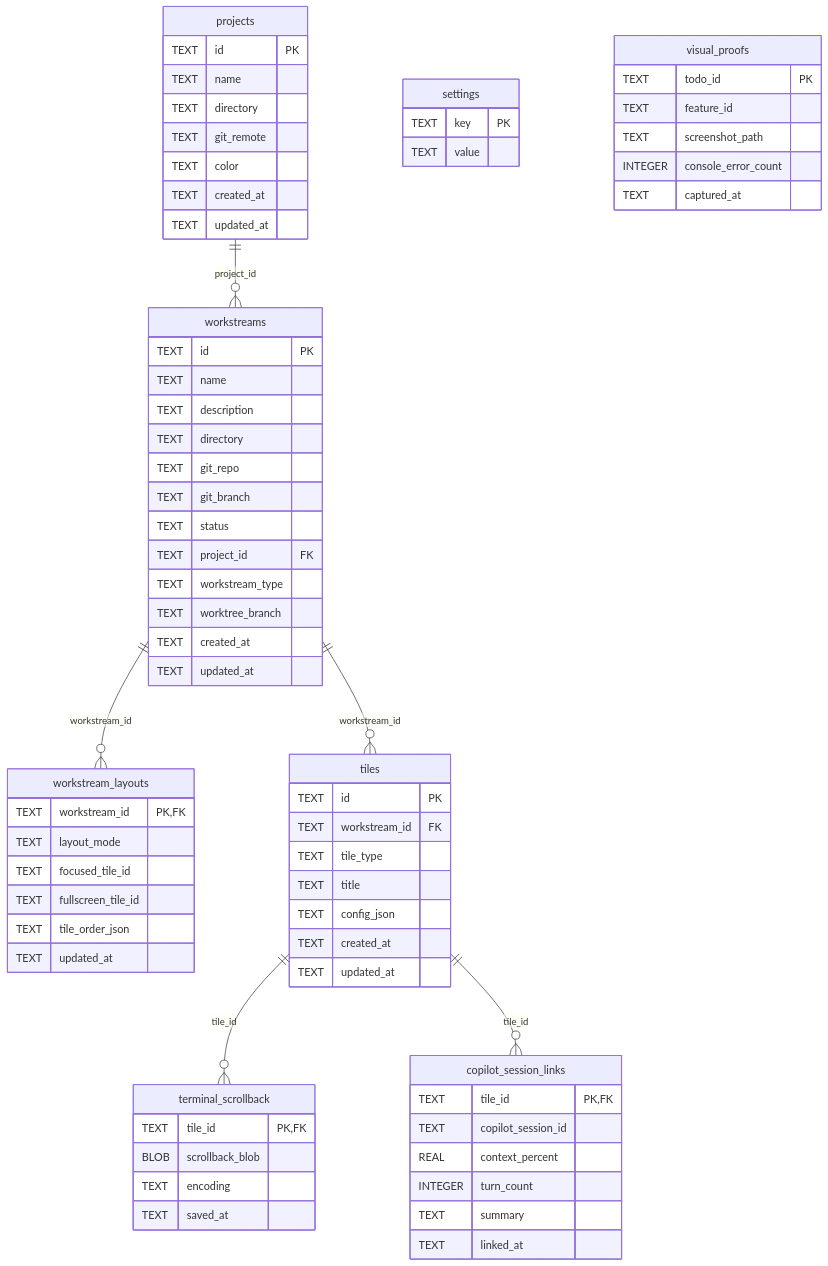
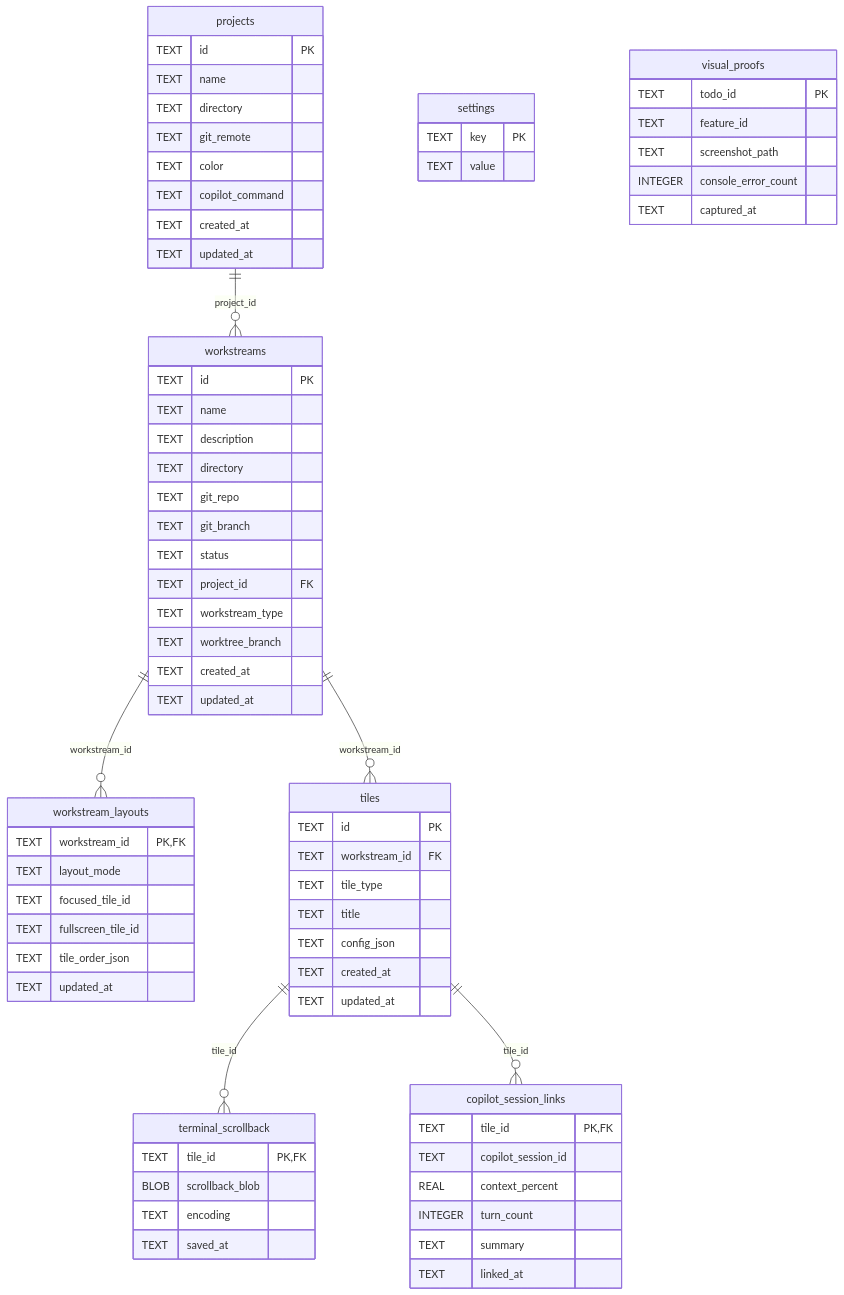
The diagram in docs/db-model.md (alejandroechev/workstreams), drawn with Mermaid before and after one commit. The commit also changed other lines of this file and 2 other files, not shown here.

First line of the commit message:
feat(projects): persist an optional per-project copilot_command (Rust/DB)

````diff
--- a/docs/db-model.md
+++ b/docs/db-model.md
@@ -18,73 +18,74 @@
 ```mermaid
 erDiagram
   projects ||--o{ workstreams : "project_id"
   workstreams ||--o{ workstream_layouts : "workstream_id"
   workstreams ||--o{ tiles : "workstream_id"
   tiles ||--o{ terminal_scrollback : "tile_id"
   tiles ||--o{ copilot_session_links : "tile_id"
   projects {
     TEXT id PK
     TEXT name
     TEXT directory
     TEXT git_remote
     TEXT color
+    TEXT copilot_command
     TEXT created_at
     TEXT updated_at
   }
   workstreams {
     TEXT id PK
     TEXT name
     TEXT description
     TEXT directory
     TEXT git_repo
     TEXT git_branch
     TEXT status
     TEXT project_id FK
     TEXT workstream_type
     TEXT worktree_branch
     TEXT created_at
     TEXT updated_at
   }
   workstream_layouts {
     TEXT workstream_id PK,FK
     TEXT layout_mode
     TEXT focused_tile_id
     TEXT fullscreen_tile_id
     TEXT tile_order_json
     TEXT updated_at
   }
   tiles {
     TEXT id PK
     TEXT workstream_id FK
     TEXT tile_type
     TEXT title
     TEXT config_json
     TEXT created_at
     TEXT updated_at
   }
   terminal_scrollback {
     TEXT tile_id PK,FK
     BLOB scrollback_blob
     TEXT encoding
     TEXT saved_at
   }
   copilot_session_links {
     TEXT tile_id PK,FK
     TEXT copilot_session_id
     REAL context_percent
     INTEGER turn_count
     TEXT summary
     TEXT linked_at
   }
   settings {
     TEXT key PK
     TEXT value
   }
   visual_proofs {
     TEXT todo_id PK
     TEXT feature_id
     TEXT screenshot_path
     INTEGER console_error_count
     TEXT captured_at
   }
 ```
````
